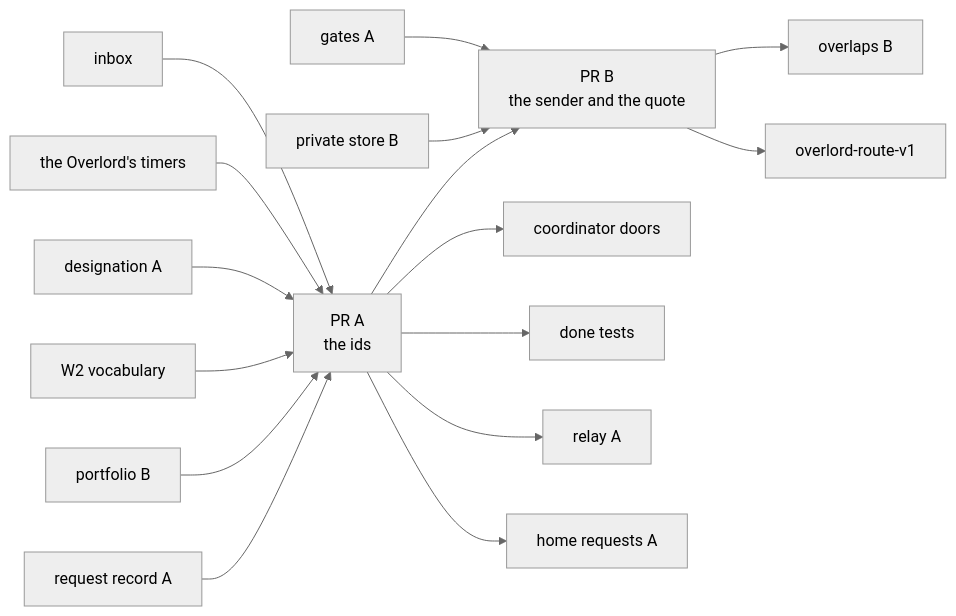
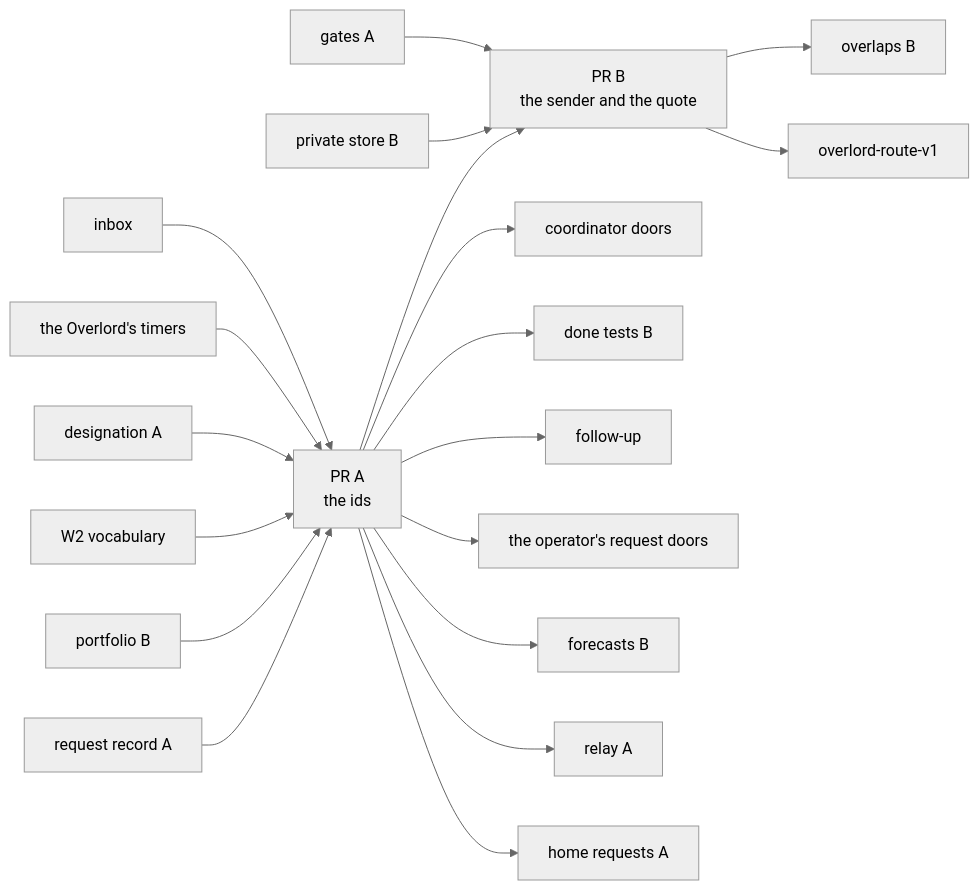
Before and after one commit to Synapsium-Labs/ccrc-pwa: the fourth of 4 diagrams in docs/superpowers/plans/2026-11-16-overlord-w2/w2-request-ids.md, drawn with Mermaid (neutral theme). The commit also changed other lines of this file and 1 other file, not shown here.

First line of the commit message:
docs(plan): fold review 2282's F10 and F8 into the W2 request ids and coordinator doors plans

````diff
--- a/docs/superpowers/plans/2026-11-16-overlord-w2/w2-request-ids.md
+++ b/docs/superpowers/plans/2026-11-16-overlord-w2/w2-request-ids.md
@@ -649,18 +672,21 @@
 ```mermaid
 flowchart LR
   RQA["request record A"] --> A["PR A<br/>the ids"]
   PFB["portfolio B"] --> A
   VOC["W2 vocabulary"] --> A
   DA["designation A"] --> A
   OT["the Overlord's timers"] --> A
   IN["inbox"] --> A
   A --> B["PR B<br/>the sender and the quote"]
   PSB["private store B"] --> B
   GA["gates A"] --> B
   A --> CD["coordinator doors"]
-  A --> DT["done tests"]
+  A --> DT["done tests B"]
+  A --> FU["follow-up"]
+  A --> OD["the operator's request doors"]
+  A --> FCB["forecasts B"]
   A --> RLA["relay A"]
   A --> HRA["home requests A"]
   B --> OVB["overlaps B"]
   B --> RV1["overlord-route-v1"]
 ```
````
